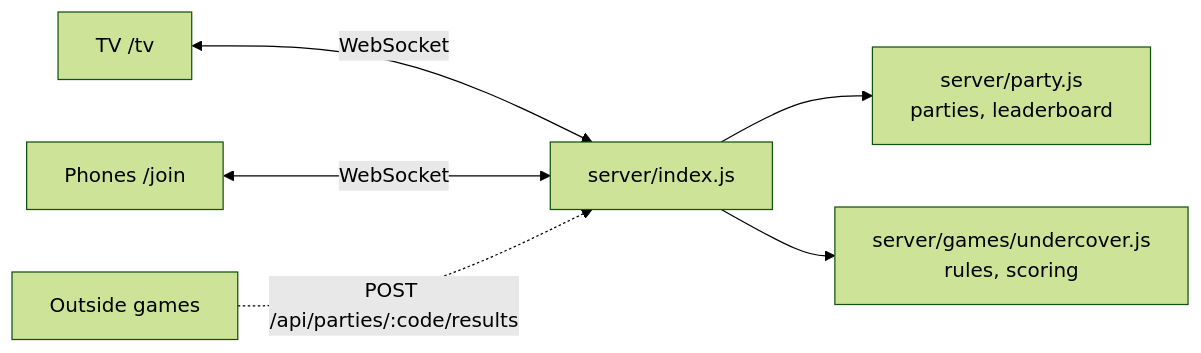
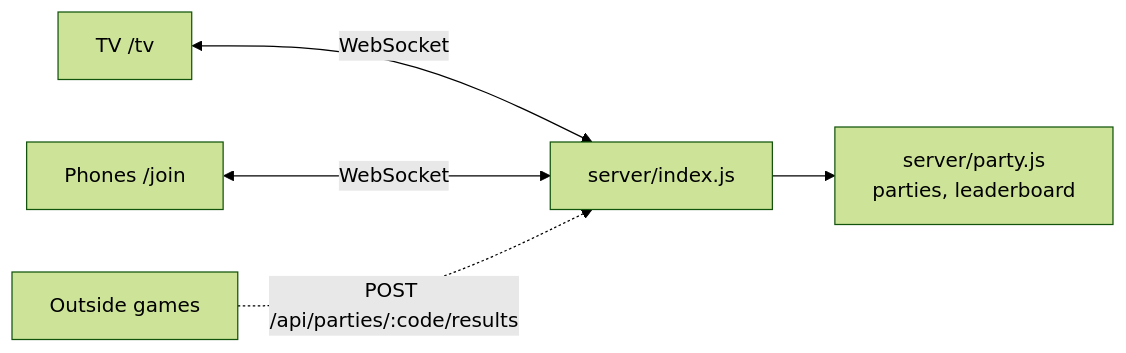
Before and after one commit to MayurJivani/Shaam: the diagram in README.md, drawn with Mermaid (forest theme). The commit also changed other lines of this file and 16 other files, not shown here.

````diff
--- a/README.md
+++ b/README.md
@@ -77,8 +78,7 @@
 ```mermaid
 flowchart LR
   TV["TV /tv"] <-- WebSocket --> Relay
   Phones["Phones /join"] <-- WebSocket --> Relay
   Relay["server/index.js"] --> Party["server/party.js<br/>parties, leaderboard"]
-  Relay --> Undercover["server/games/undercover.js<br/>rules, scoring"]
   Outside["Outside games"] -. "POST /api/parties/:code/results" .-> Relay
 ```
````
